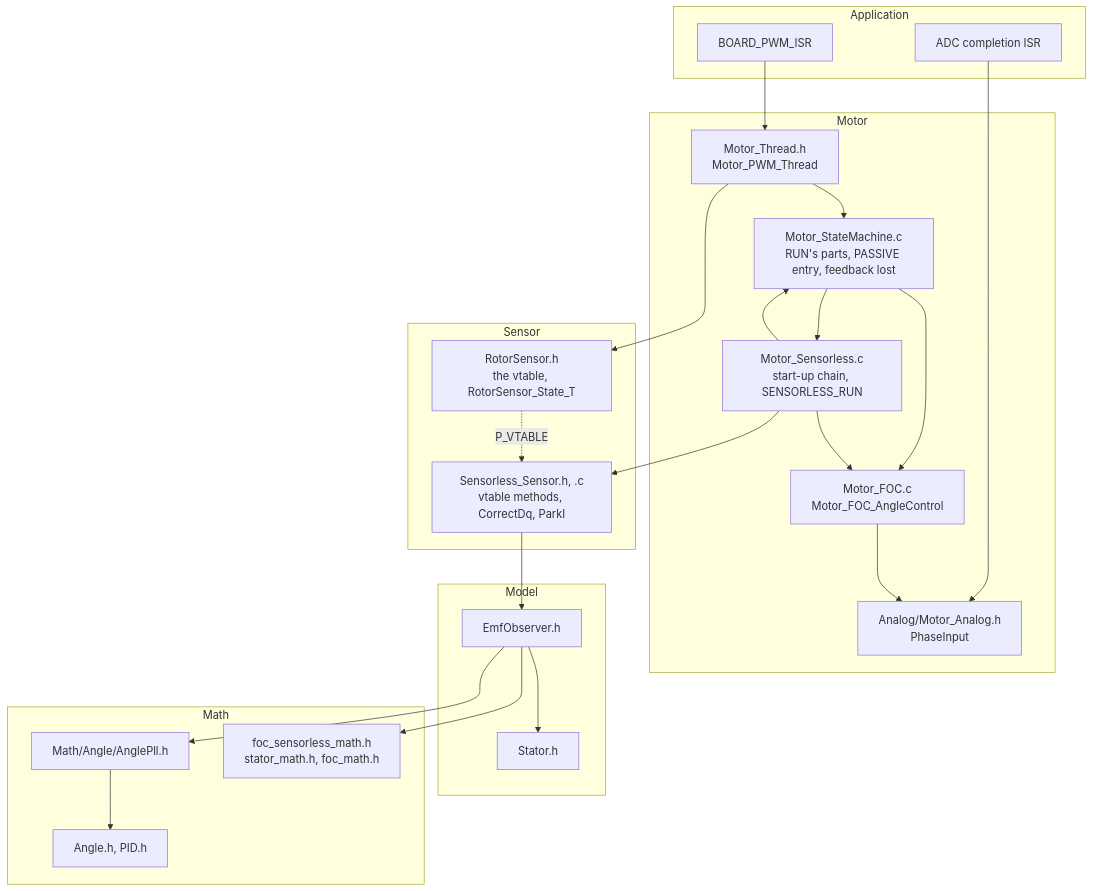
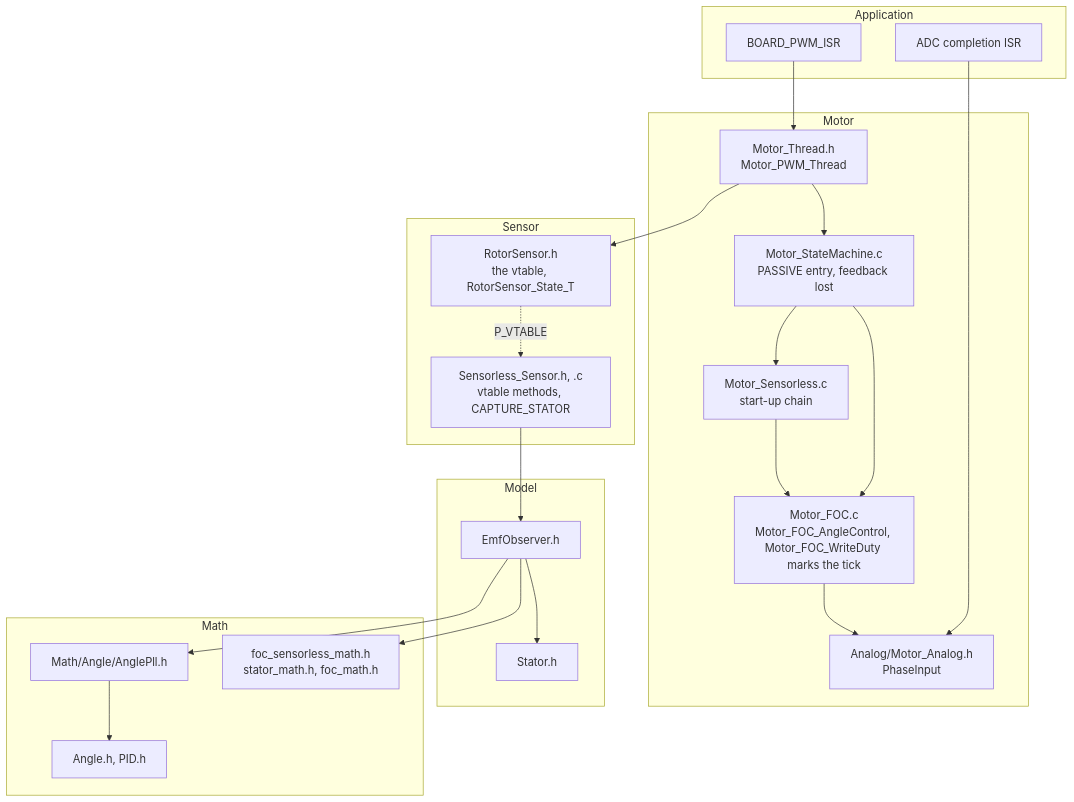
The second of 9 diagrams in Motor/Docs/Sensorless.md (FireSourcery/FireSourcery_Library), drawn with Mermaid before and after one commit. The commit also changed other lines of this file and 25 other files, not shown here.

````diff
--- a/Motor/Docs/Sensorless.md
+++ b/Motor/Docs/Sensorless.md
@@ -125,44 +127,42 @@
 ```mermaid
 flowchart TB
     subgraph App["Application"]
         PWM["BOARD_PWM_ISR"]
         ADC["ADC completion ISR"]
     end
     subgraph MotorLayer["Motor"]
         Thread["Motor_Thread.h<br/>Motor_PWM_Thread"]
-        SM["Motor_StateMachine.c<br/>RUN's parts, PASSIVE entry, feedback lost"]
-        Chain["Motor_Sensorless.c<br/>start-up chain, SENSORLESS_RUN"]
-        FOCm["Motor_FOC.c<br/>Motor_FOC_AngleControl"]
+        SM["Motor_StateMachine.c<br/>PASSIVE entry, feedback lost"]
+        Chain["Motor_Sensorless.c<br/>start-up chain"]
+        FOCm["Motor_FOC.c<br/>Motor_FOC_AngleControl, Motor_FOC_WriteDuty marks the tick"]
         Analog["Analog/Motor_Analog.h<br/>PhaseInput"]
     end
     subgraph SensorLayer["Sensor"]
         RS["RotorSensor.h<br/>the vtable, RotorSensor_State_T"]
-        Adapter["Sensorless_Sensor.h, .c<br/>vtable methods, CorrectDq, ParkI"]
+        Adapter["Sensorless_Sensor.h, .c<br/>vtable methods, CAPTURE_STATOR"]
     end
     subgraph ModelLayer["Model"]
         Obs["EmfObserver.h"]
         Stator["Stator.h"]
     end
     subgraph MathLayer["Math"]
         Pll["Math/Angle/AnglePll.h"]
         SMath["foc_sensorless_math.h<br/>stator_math.h, foc_math.h"]
         Base["Angle.h, PID.h"]
     end
 
     PWM --> Thread
     ADC --> Analog
     Thread --> RS
     Thread --> SM
     SM --> Chain
     SM --> FOCm
     RS -. P_VTABLE .-> Adapter
-    Chain --> Adapter
-    Chain --> SM
     Chain --> FOCm
     FOCm --> Analog
     Adapter --> Obs
     Obs --> Stator
     Obs --> Pll
     Obs --> SMath
     Pll --> Base
 ```
````
